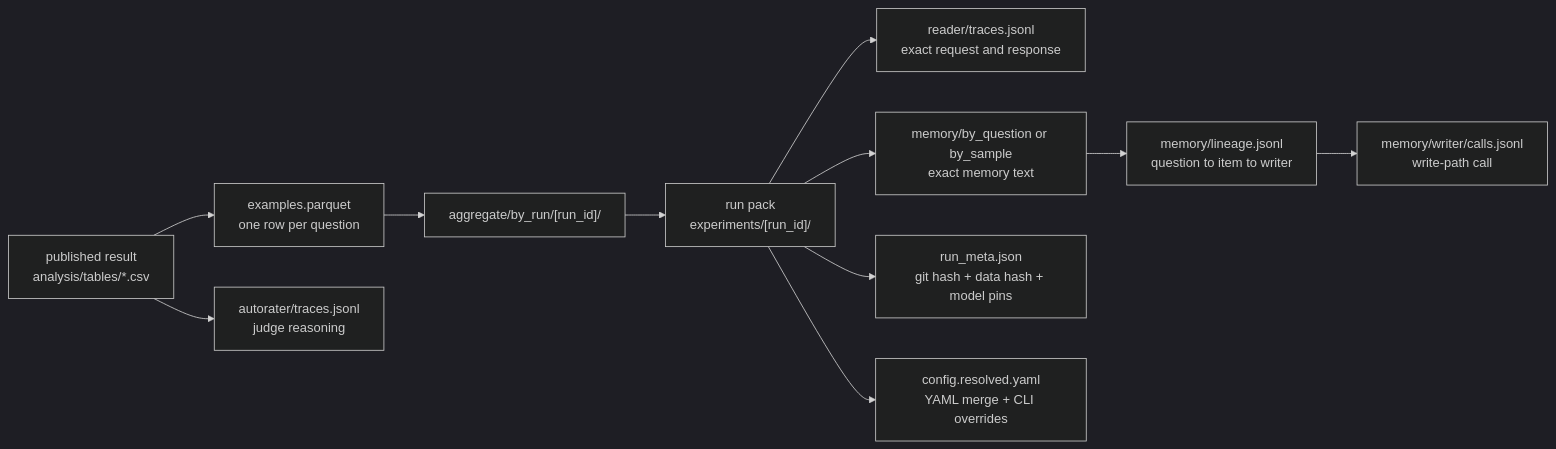
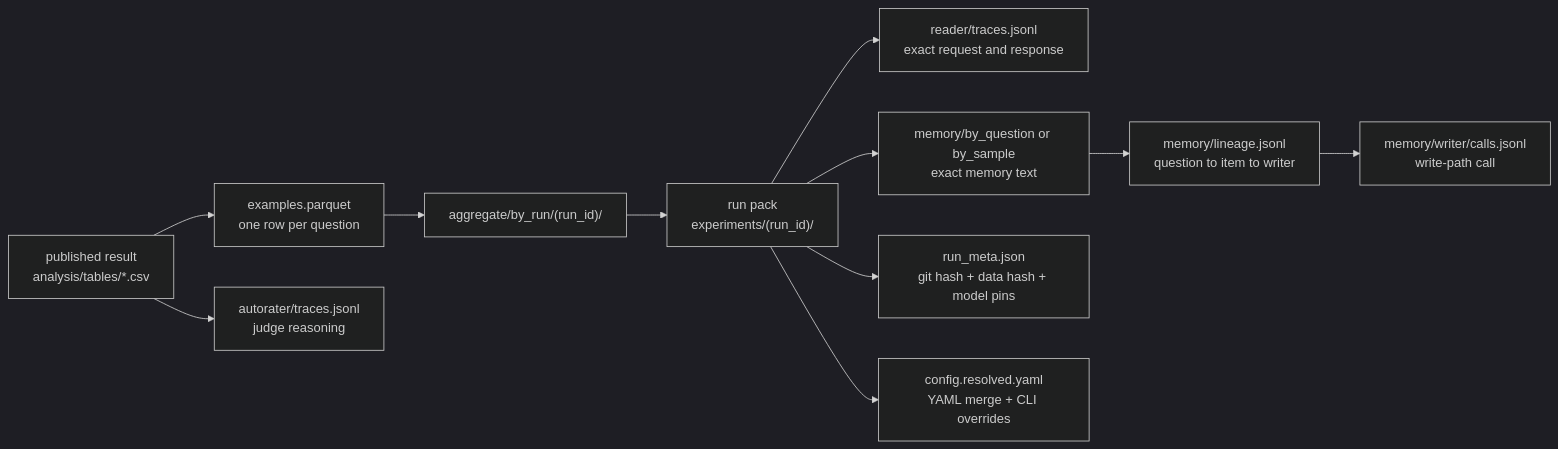
One commit to park-jsdev/long-term-memory-eval changed diagram 12 of 12 in docs/architecture.md. Above: the diagram before and after it, drawn with Mermaid (dark theme). The commit also changed other lines of this file and 43 other files, not shown here.

````diff
--- a/docs/architecture.md
+++ b/docs/architecture.md
@@ -608,13 +706,13 @@
 ```mermaid
 flowchart LR
   A["published result<br/>analysis/tables/*.csv"] --> B["examples.parquet<br/>one row per question"]
-  B --> C["aggregate/by_run/[run_id]/"]
-  C --> D["run pack<br/>experiments/[run_id]/"]
+  B --> C["aggregate/by_run/(run_id)/"]
+  C --> D["run pack<br/>experiments/(run_id)/"]
   D --> E["reader/traces.jsonl<br/>exact request and response"]
   D --> F["memory/by_question or by_sample<br/>exact memory text"]
   F --> G["memory/lineage.jsonl<br/>question to item to writer"]
   G --> H["memory/writer/calls.jsonl<br/>write-path call"]
   D --> I["run_meta.json<br/>git hash + data hash + model pins"]
   D --> J["config.resolved.yaml<br/>YAML merge + CLI overrides"]
   A --> K["autorater/traces.jsonl<br/>judge reasoning"]
 ```
````
